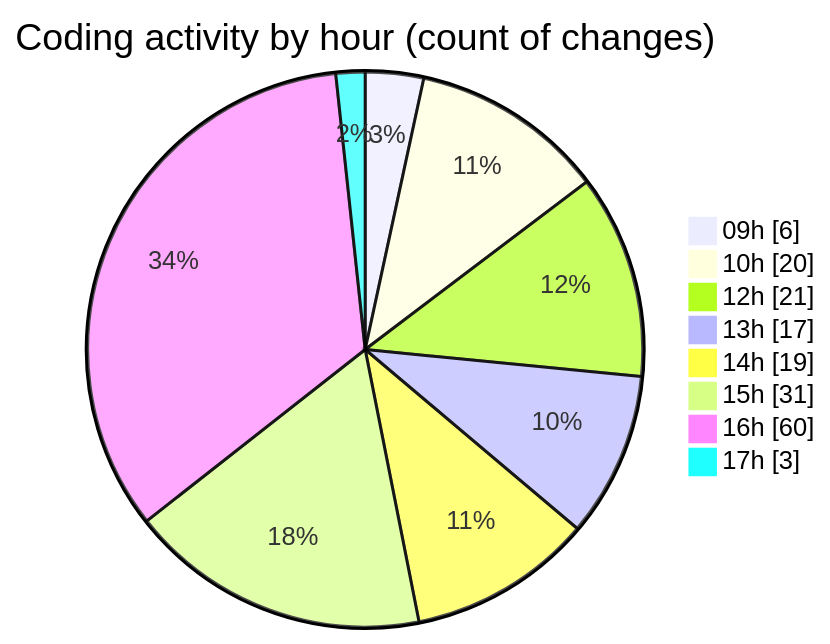
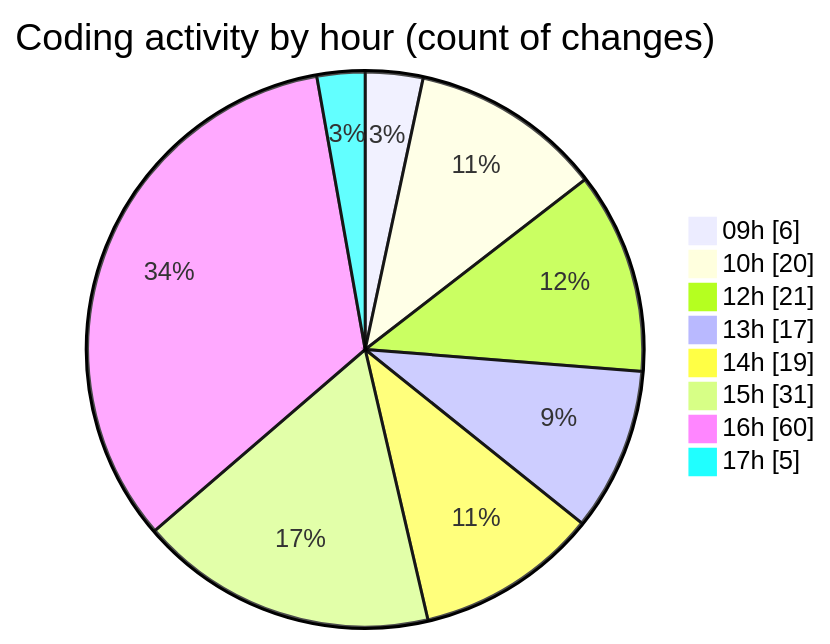
The second of 2 diagrams in 2026-02-18/bot_v1_2/README.md (becaeroporto-bot/code-tracking), drawn with Mermaid before and after one commit. The commit also changed other lines of this file and 1 other file, not shown here.

````diff
--- a/2026-02-18/bot_v1_2/README.md
+++ b/2026-02-18/bot_v1_2/README.md
@@ -57,12 +57,12 @@
 ```mermaid
 pie showData
 title Coding activity by hour (count of changes)
 "09h" : 6
 "10h" : 20
 "12h" : 21
 "13h" : 17
 "14h" : 19
 "15h" : 31
 "16h" : 60
-"17h" : 3
+"17h" : 5
 ```
````
